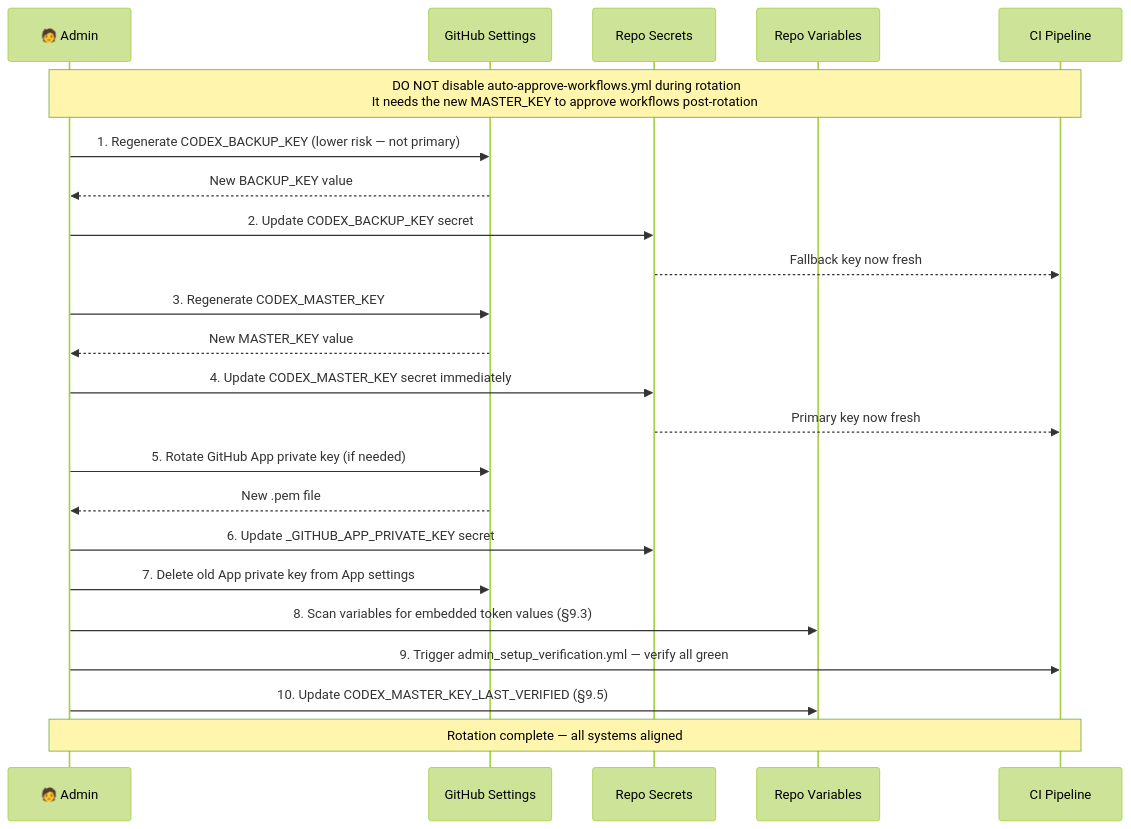
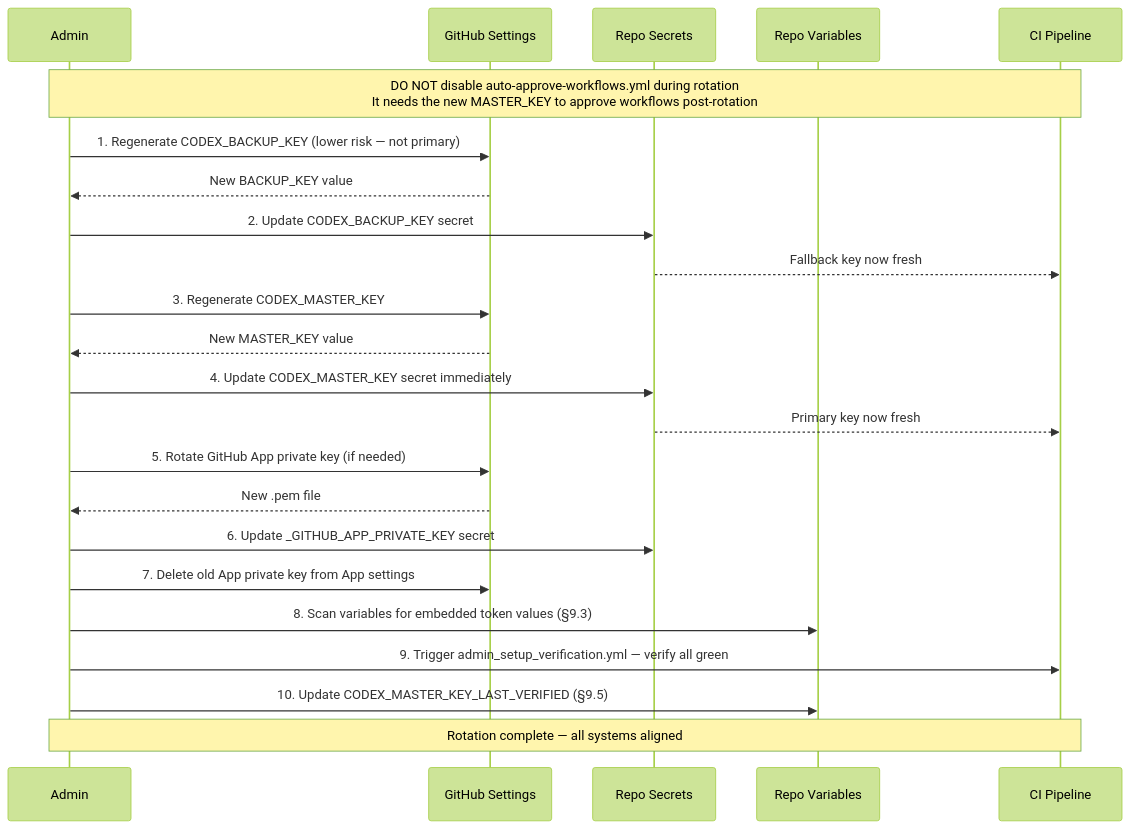
Before and after one commit to Aries-Serpent/_codex_: diagram 11 of 19 in docs/reference/ELEVATED_PRIVILEGES_TOKEN_REVIEW.md, drawn with Mermaid (forest theme). The commit also changed other lines of this file and 4117 other files, not shown here.

````diff
--- a/docs/reference/ELEVATED_PRIVILEGES_TOKEN_REVIEW.md
+++ b/docs/reference/ELEVATED_PRIVILEGES_TOKEN_REVIEW.md
@@ -1128,34 +1173,40 @@
 ```mermaid
 %%{init: {'accessibility': {'title': 'Sequence Diagram: >>You: New BACKUP_KEY value
-  '}}%%
+
+ '}}%%
 sequenceDiagram
-    participant You as 🧑 Admin
-    participant GH as GitHub Settings
-    participant Secrets as Repo Secrets
-    participant Vars as Repo Variables
-    participant CI as CI Pipeline
+ participant You as Admin
+ participant GH as GitHub Settings
+ participant Secrets as Repo Secrets
+ participant Vars as Repo Variables
+ participant CI as CI Pipeline
 
-    Note over You,CI: ️ DO NOT disable auto-approve-workflows.yml during rotation<br/>It needs the new MASTER_KEY to approve workflows post-rotation
+ Note over You,CI: DO NOT disable auto-approve-workflows.yml during rotation<br/>It needs the new MASTER_KEY to approve workflows post-rotation
 
-    You->>GH: 1. Regenerate CODEX_BACKUP_KEY (lower risk — not primary)
-    GH-->>You: New BACKUP_KEY value
-    You->>Secrets: 2. Update CODEX_BACKUP_KEY secret
-    Secrets-->>CI: Fallback key now fresh
+ You->>GH: 1. Regenerate CODEX_BACKUP_KEY (lower risk — not primary)
 
-    You->>GH: 3. Regenerate CODEX_MASTER_KEY
-    GH-->>You: New MASTER_KEY value
-    You->>Secrets: 4. Update CODEX_MASTER_KEY secret immediately
-    Secrets-->>CI: Primary key now fresh
+ GH-->>You: New BACKUP_KEY value
+ You->>Secrets: 2. Update CODEX_BACKUP_KEY secret
 
-    You->>GH: 5. Rotate GitHub App private key (if needed)
-    GH-->>You: New .pem file
-    You->>Secrets: 6. Update _GITHUB_APP_PRIVATE_KEY secret
-    You->>GH: 7. Delete old App private key from App settings
+ Secrets-->>CI: Fallback key now fresh
 
-    You->>Vars: 8. Scan variables for embedded token values (§9.3)
-    You->>CI: 9. Trigger admin_setup_verification.yml — verify all green
+ You->>GH: 3. Regenerate CODEX_MASTER_KEY
 
-    You->>Vars: 10. Update CODEX_MASTER_KEY_LAST_VERIFIED (§9.5)
+ GH-->>You: New MASTER_KEY value
+ You->>Secrets: 4. Update CODEX_MASTER_KEY secret immediately
 
-    Note over You,CI:  Rotation complete — all systems aligned
+ Secrets-->>CI: Primary key now fresh
+
+ You->>GH: 5. Rotate GitHub App private key (if needed)
+
+ GH-->>You: New .pem file
+ You->>Secrets: 6. Update _GITHUB_APP_PRIVATE_KEY secret
+ You->>GH: 7. Delete old App private key from App settings
+
+ You->>Vars: 8. Scan variables for embedded token values (§9.3)
+ You->>CI: 9. Trigger admin_setup_verification.yml — verify all green
+
+ You->>Vars: 10. Update CODEX_MASTER_KEY_LAST_VERIFIED (§9.5)
+
+ Note over You,CI: Rotation complete — all systems aligned
 ```
````
